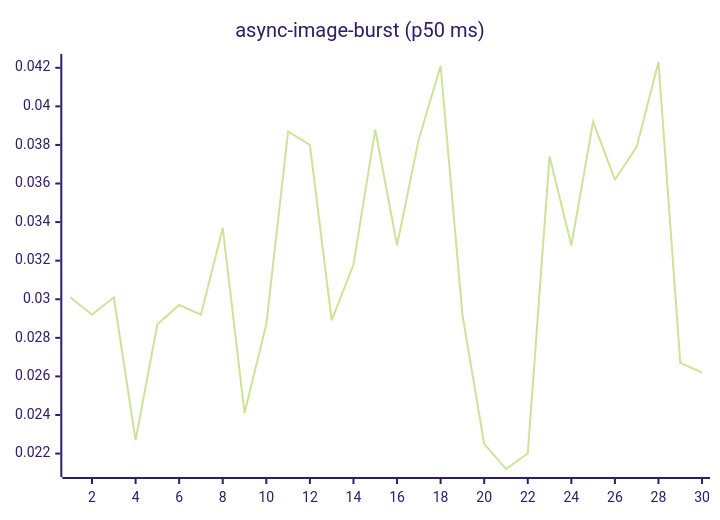
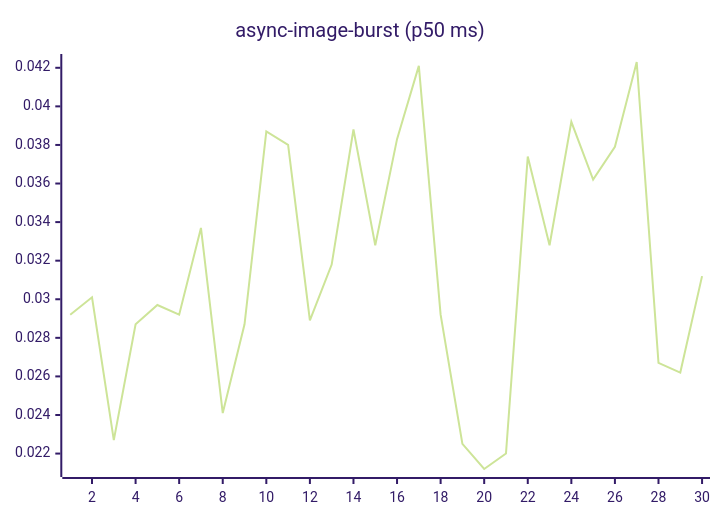
One commit to josha/Facet changed the fourth of 27 diagrams in README.md. Above: the diagram before and after it, drawn with Mermaid (forest theme). The commit also changed other lines of this file and 2 other files, not shown here.

````diff
--- a/README.md
+++ b/README.md
@@ -84,6 +84,6 @@
 ```mermaid
 xychart-beta
     title "async-image-burst (p50 ms)"
     x-axis 1 --> 30
-    line [0.0301, 0.0292, 0.0301, 0.0227, 0.0287, 0.0297, 0.0292, 0.0337, 0.0241, 0.0287, 0.0387, 0.0380, 0.0289, 0.0318, 0.0388, 0.0328, 0.0383, 0.0421, 0.0292, 0.0225, 0.0212, 0.0220, 0.0374, 0.0328, 0.0392, 0.0362, 0.0379, 0.0423, 0.0267, 0.0262]
+    line [0.0292, 0.0301, 0.0227, 0.0287, 0.0297, 0.0292, 0.0337, 0.0241, 0.0287, 0.0387, 0.0380, 0.0289, 0.0318, 0.0388, 0.0328, 0.0383, 0.0421, 0.0292, 0.0225, 0.0212, 0.0220, 0.0374, 0.0328, 0.0392, 0.0362, 0.0379, 0.0423, 0.0267, 0.0262, 0.0312]
 ```
````
